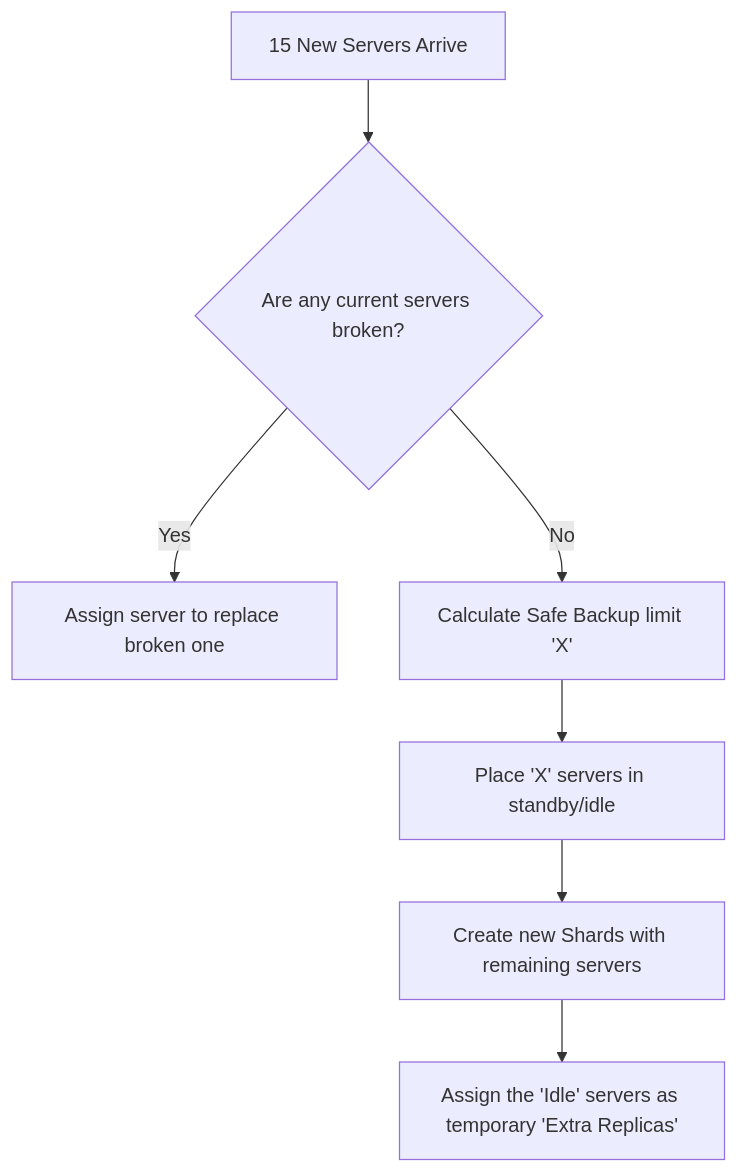
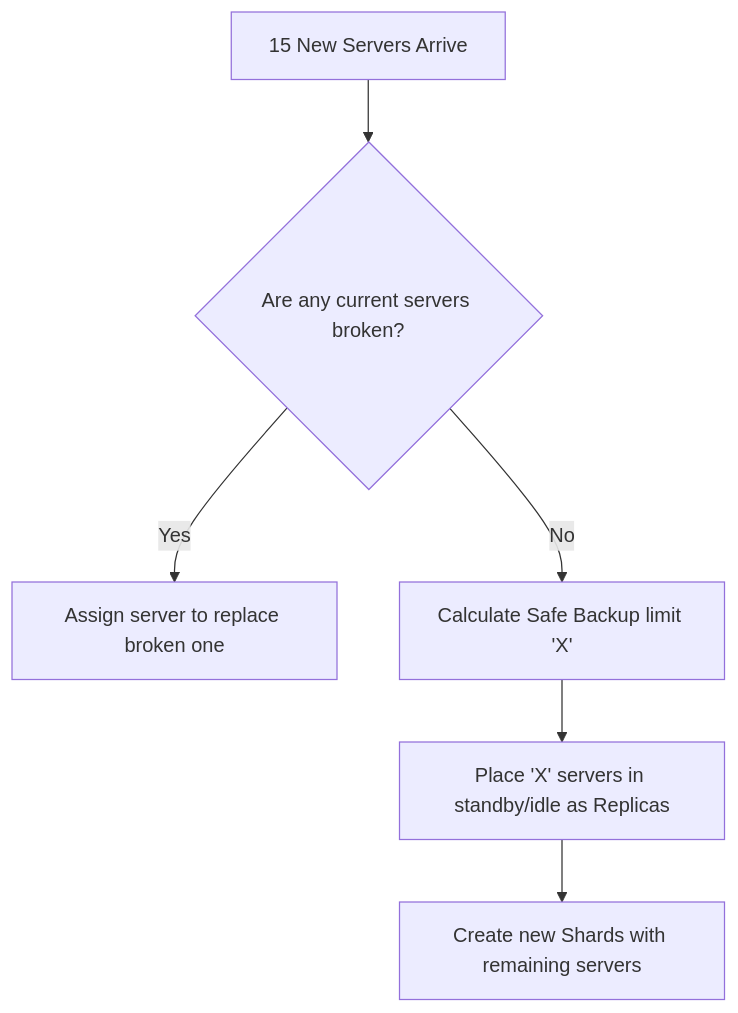
One commit to Ishwar786Ambare/HLD changed diagram 11 of 11 in SQL vs NoSQL/SQL_vs_NoSQL_Ultimate_Guide.md. Above: the diagram before and after it, drawn with Mermaid. The commit also changed other lines of this file, not shown here.

````diff
--- a/SQL vs NoSQL/SQL_vs_NoSQL_Ultimate_Guide.md
+++ b/SQL vs NoSQL/SQL_vs_NoSQL_Ultimate_Guide.md
@@ -145,9 +810,8 @@
 ```mermaid
 graph TD
     A[15 New Servers Arrive] --> B{Are any current servers broken?}
     B -- Yes --> C[Assign server to replace broken one]
     B -- No --> D[Calculate Safe Backup limit 'X']
-    D --> E[Place 'X' servers in standby/idle]
+    D --> E[Place 'X' servers in standby/idle as Replicas]
     E --> F[Create new Shards with remaining servers]
-    F --> G[Assign the 'Idle' servers as temporary 'Extra Replicas']
 ```
````
